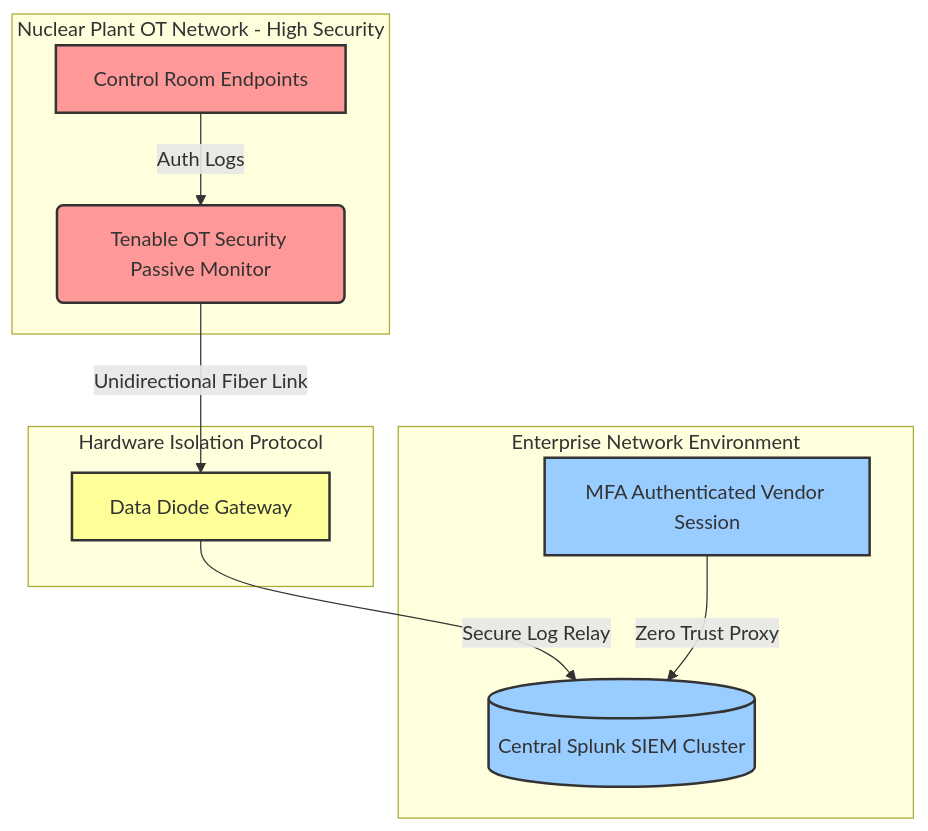
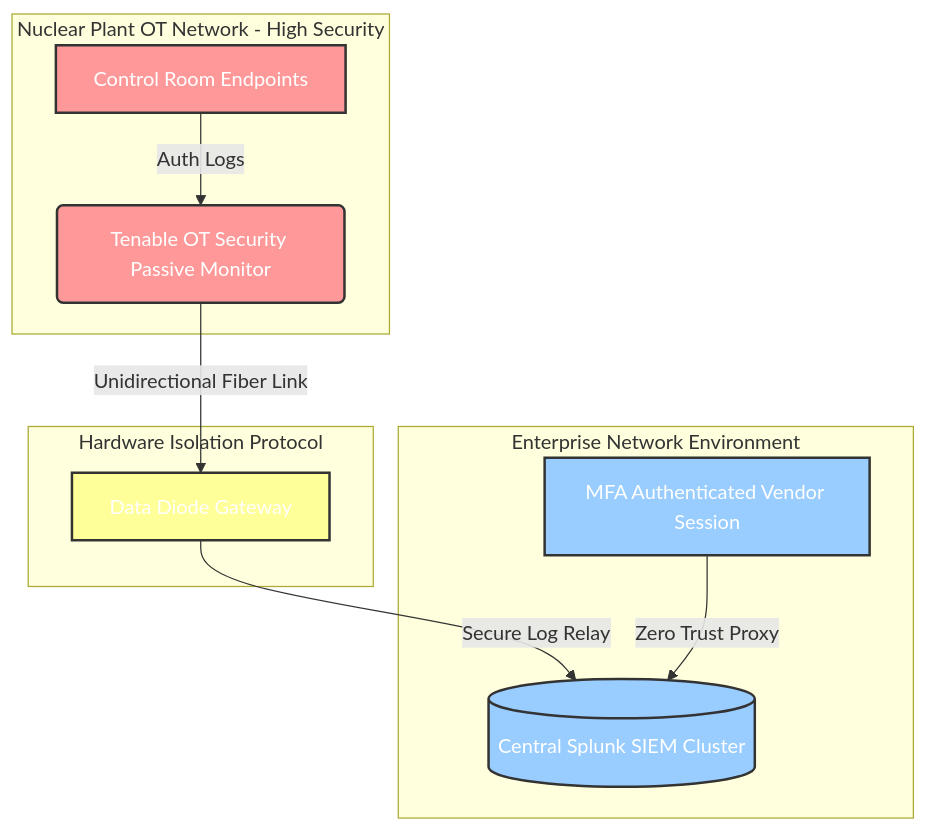
The diagram in README.md (ShadowSkillZ/nuclear-cyber-risk-management), drawn with Mermaid before and after one commit.

Commit message:
Modify Mermaid diagram styles for better visibility
Updated class definitions in the Mermaid diagram to include text color.

````diff
--- a/README.md
+++ b/README.md
@@ -18,25 +18,25 @@
 ```mermaid
 graph TD
     %% Define styles
-    classDef ot fill:#ff9999,stroke:#333,stroke-width:2px;
-    classDef it fill:#99ccff,stroke:#333,stroke-width:2px;
-    classDef sec fill:#ffff99,stroke:#333,stroke-width:2px;
+    classDef ot fill:#ff9999,stroke:#333,stroke-width:2px,color:#fff;
+classDef it fill:#99ccff,stroke:#333,stroke-width:2px,color:#fff;
+classDef sec fill:#ffff99,stroke:#333,stroke-width:2px,color:#fff;
 
     subgraph OT_Control_Network [Nuclear Plant OT Network - High Security]
         A[Control Room Endpoints] -->|Auth Logs| B(Tenable OT Security Passive Monitor)
     end
     
     subgraph Air_Gap_Isolation [Hardware Isolation Protocol]
         B -->|Unidirectional Fiber Link| C[Data Diode Gateway]
     end
 
     subgraph Corporate_IT_Network [Enterprise Network Environment]
         C -->|Secure Log Relay| D[(Central Splunk SIEM Cluster)]
         E[MFA Authenticated Vendor Session] -->|Zero Trust Proxy| D
     end
 
     %% Apply Styles
     class A,B ot;
     class C sec;
     class D,E it;
 ```
````
